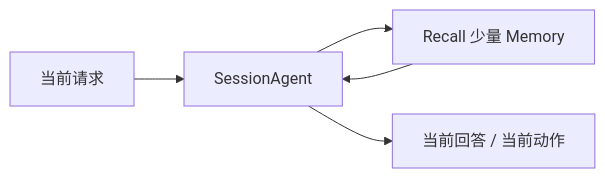
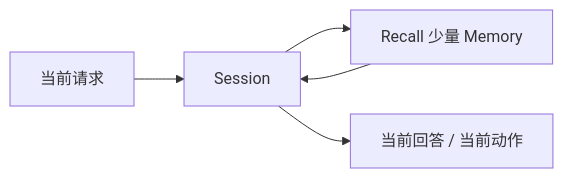
The third of 4 diagrams in homepage/content/devdocs/zh/memory/overview.mdx (wangenius/downcity), drawn with Mermaid before and after one commit. The commit also changed other lines of this file and 37 other files, not shown here.

````diff
--- a/homepage/content/devdocs/zh/memory/overview.mdx
+++ b/homepage/content/devdocs/zh/memory/overview.mdx
@@ -210,7 +183,7 @@
 ```mermaid
 flowchart LR
-  Q["当前请求"] --> CA["SessionAgent"]
-  CA --> R["Recall 少量 Memory"]
-  R --> CA
-  CA --> OUT["当前回答 / 当前动作"]
+  Q["当前请求"] --> S["Session"]
+  S --> R["Recall 少量 Memory"]
+  R --> S
+  S --> OUT["当前回答 / 当前动作"]
 ```
````
